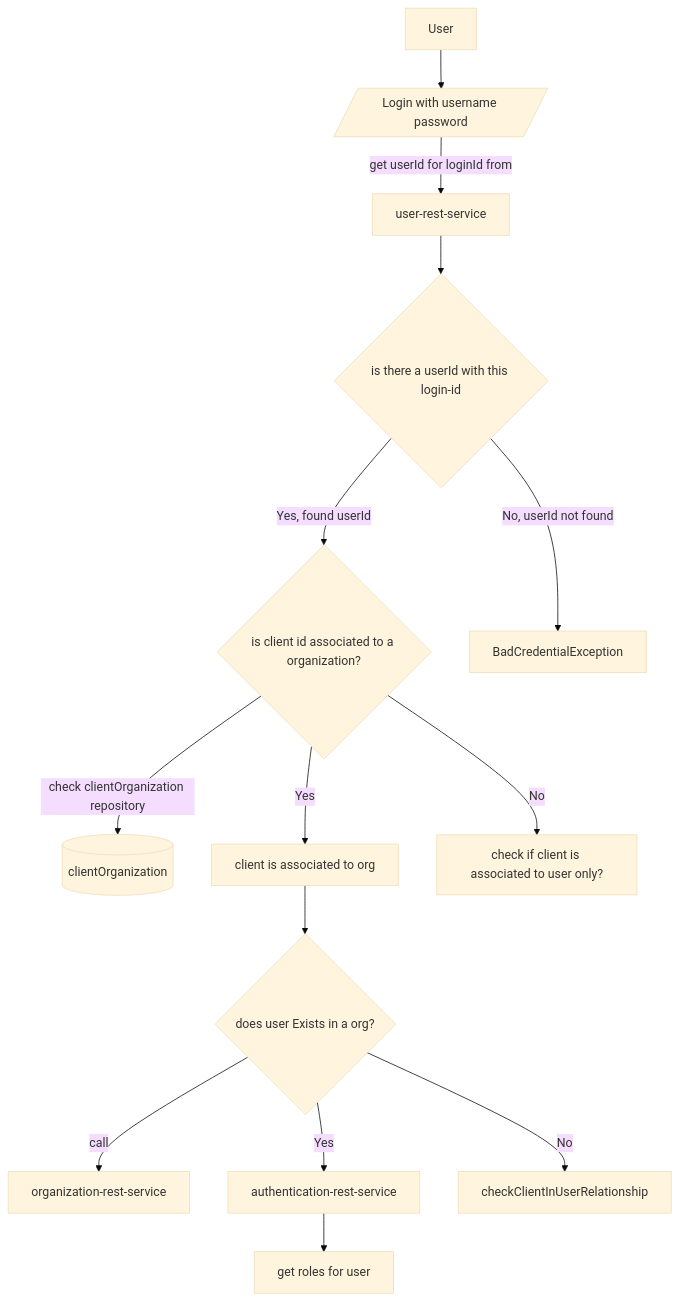
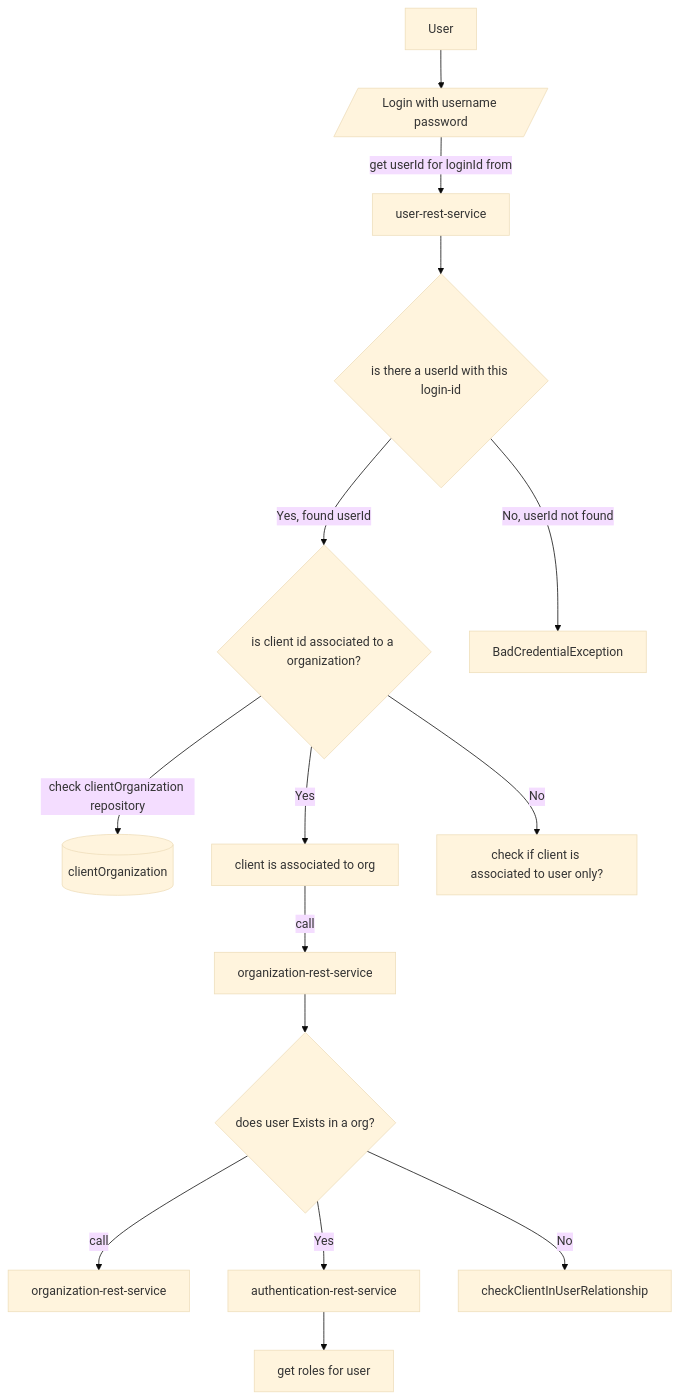
Before and after one commit to sonamsamdupkhangsar/spring-authorization-serve: the diagram in README.md, drawn with Mermaid (base theme).

````diff
--- a/README.md
+++ b/README.md
@@ -35,20 +35,21 @@
 ```mermaid
 flowchart TD
  User -->login[/Login with username password/]
  login --get userId for loginId from--> userRestService["user-rest-service"]
  userRestService --> getUserId{is there a userId with this login-id}
  getUserId -->|Yes, found userId|checkClientInOrg{is client id associated to a organization?}
  getUserId -->|No, userId not found|returnError[BadCredentialException]
  checkClientInOrg --check clientOrganization repository--> clientOrganizationRepo[(clientOrganization)]
  
  checkClientInOrg -->|Yes|clientIsInOrg[client is associated to org]
  checkClientInOrg -->|No|checkClientUserRelationship["check if client is associated to user only?"]
- clientIsInOrg --> checkUserExistsInOrg{does user Exists in a org?}
+ clientIsInOrg --call--> orgRestService["organization-rest-service"]
+ orgRestService --> checkUserExistsInOrg{does user Exists in a org?}
  checkUserExistsInOrg --call--> organizationRestService["organization-rest-service"]
  checkUserExistsInOrg -->|Yes|authenticate["authentication-rest-service"]
  
  checkUserExistsInOrg -->|No| checkClientInUserRelationship 
  
  authenticate --> getRoles[get roles for user]
  
 ```
````
